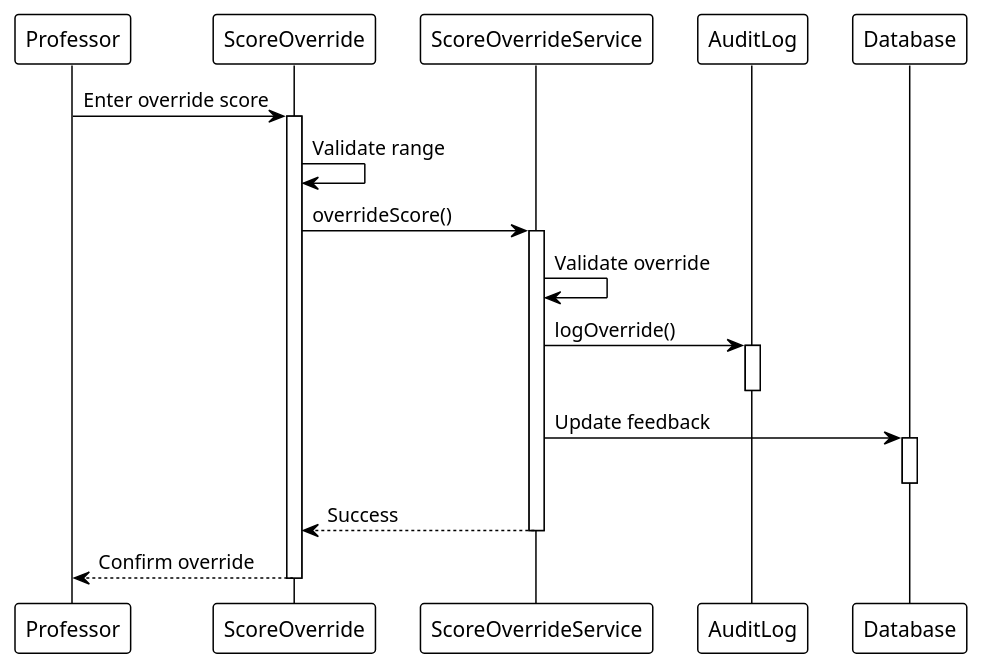
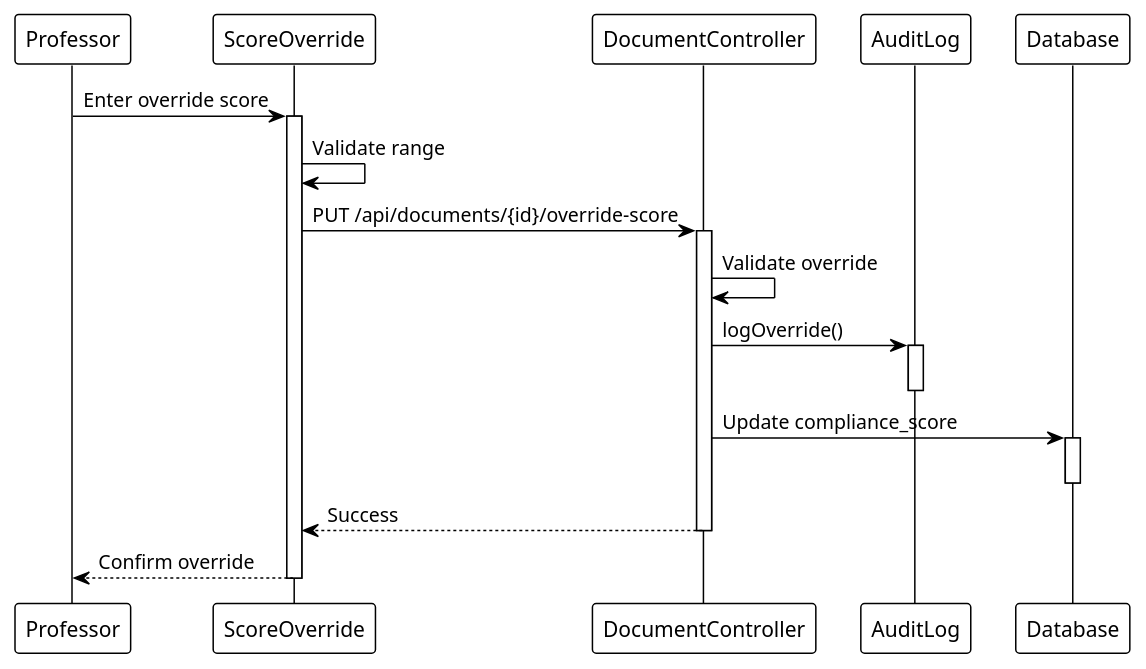
Before and after one commit to lawas-tess/SPMP-Evaluator: diagram 15 of 29 in Capstone Files/Module2.md, drawn with PlantUML. The commit also changed other lines of this file and 8 other files, not shown here.

Commit message:
Add AI integration architecture docs, PlantUML diagrams, and presentation script; Update modules with hybrid AI approach; Switch to Amazon Nova model with timeout protection

````diff
--- a/Capstone Files/Module2.md
+++ b/Capstone Files/Module2.md
@@ -1889,27 +1955,27 @@
 ```plantuml
 @startuml ScoreOverride_Sequence
 !theme plain
 participant "Professor" as Prof
 participant "ScoreOverride" as UI
-participant "ScoreOverrideService" as Service
+participant "DocumentController" as Ctrl
 participant "AuditLog" as Audit
 participant "Database" as DB
 
 Prof -> UI: Enter override score
 activate UI
 UI -> UI: Validate range
-UI -> Service: overrideScore()
-activate Service
-Service -> Service: Validate override
-Service -> Audit: logOverride()
+UI -> Ctrl: PUT /api/documents/{id}/override-score
+activate Ctrl
+Ctrl -> Ctrl: Validate override
+Ctrl -> Audit: logOverride()
 activate Audit
 deactivate Audit
-Service -> DB: Update feedback
+Ctrl -> DB: Update compliance_score
 activate DB
 deactivate DB
-Service --> UI: Success
-deactivate Service
+Ctrl --> UI: Success
+deactivate Ctrl
 UI --> Prof: Confirm override
 deactivate UI
 @enduml
 ```
````
